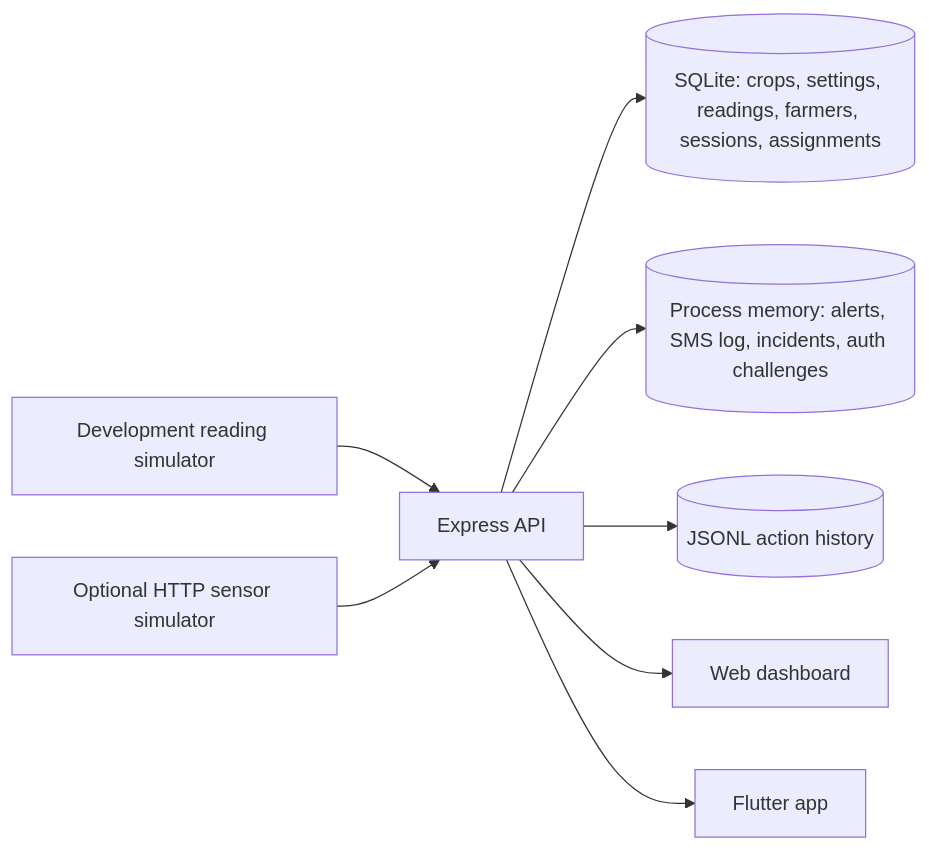
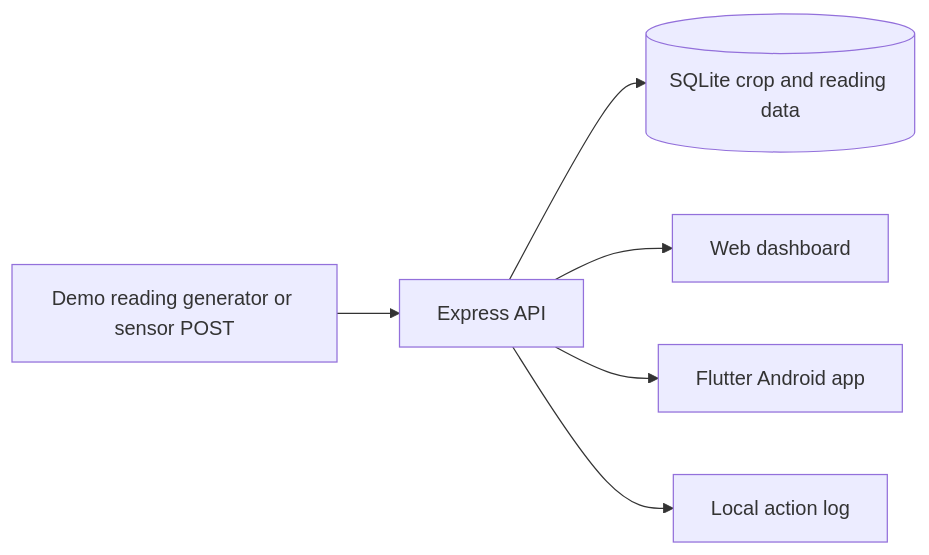
One commit to porusandesu/Peo_Yame_RCP changed the diagram in docs/ARCHITECTURE.md. Above: the diagram before and after it, drawn with Mermaid. The commit also changed other lines of this file and 61 other files, not shown here.

First line of the commit message:
Port verified demo and auth fixes onto exe-work

````diff
--- a/docs/ARCHITECTURE.md
+++ b/docs/ARCHITECTURE.md
@@ -8,10 +31,8 @@
 ```mermaid
 flowchart LR
-  simulator[Development reading simulator] --> api[Express API]
-  sensor[Optional HTTP sensor simulator] --> api
-  api --> sqlite[(SQLite: crops, settings, readings, farmers, sessions, assignments)]
-  api --> volatile[(Process memory: alerts, SMS log, incidents, auth challenges)]
-  api --> actionlog[(JSONL action history)]
+  sim[Demo reading generator or sensor POST] --> api[Express API]
+  api --> db[(SQLite crop and reading data)]
   api --> web[Web dashboard]
-  api --> mobile[Flutter app]
+  api --> app[Flutter Android app]
+  api --> logs[Local action log]
 ```
````
